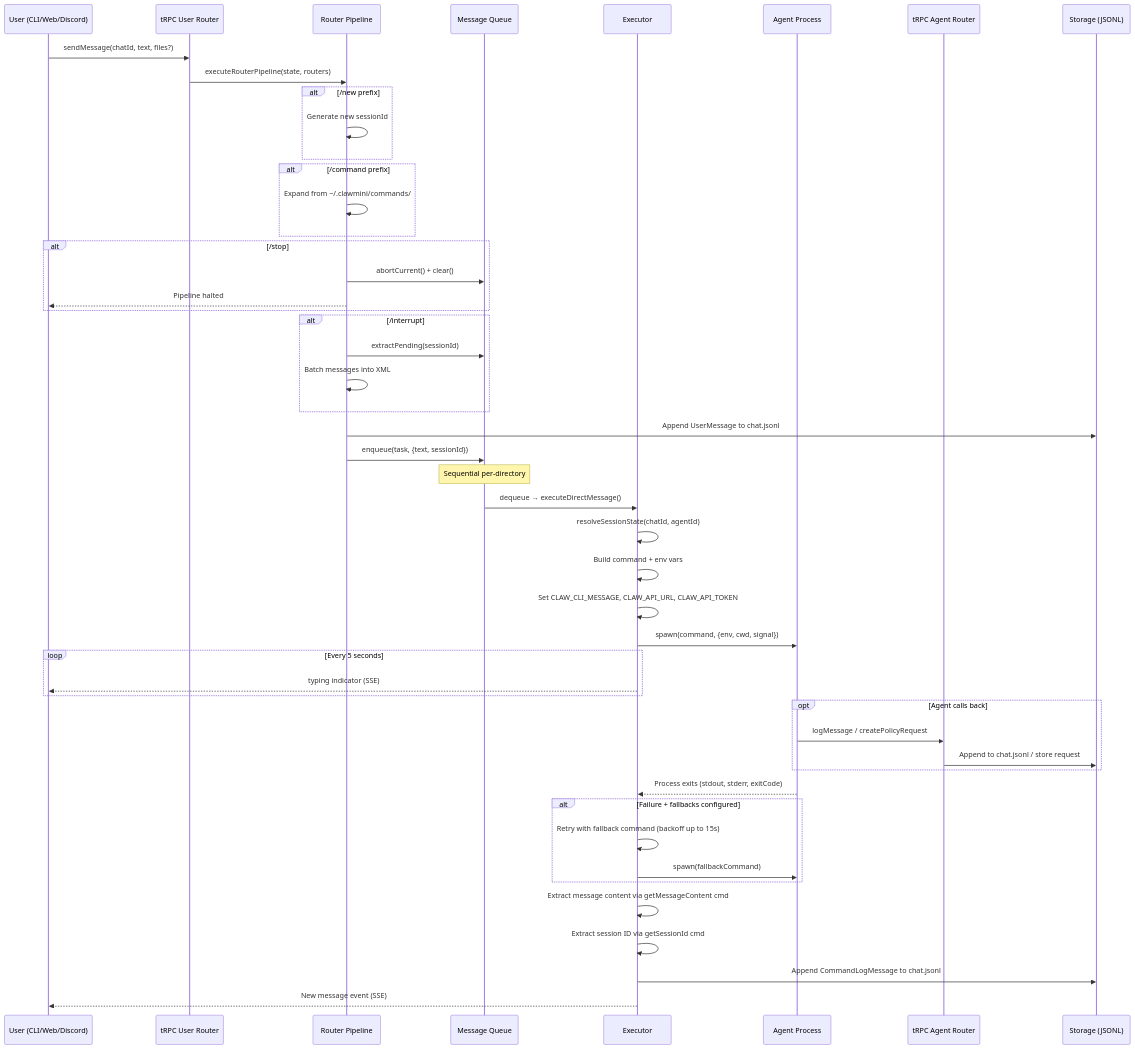
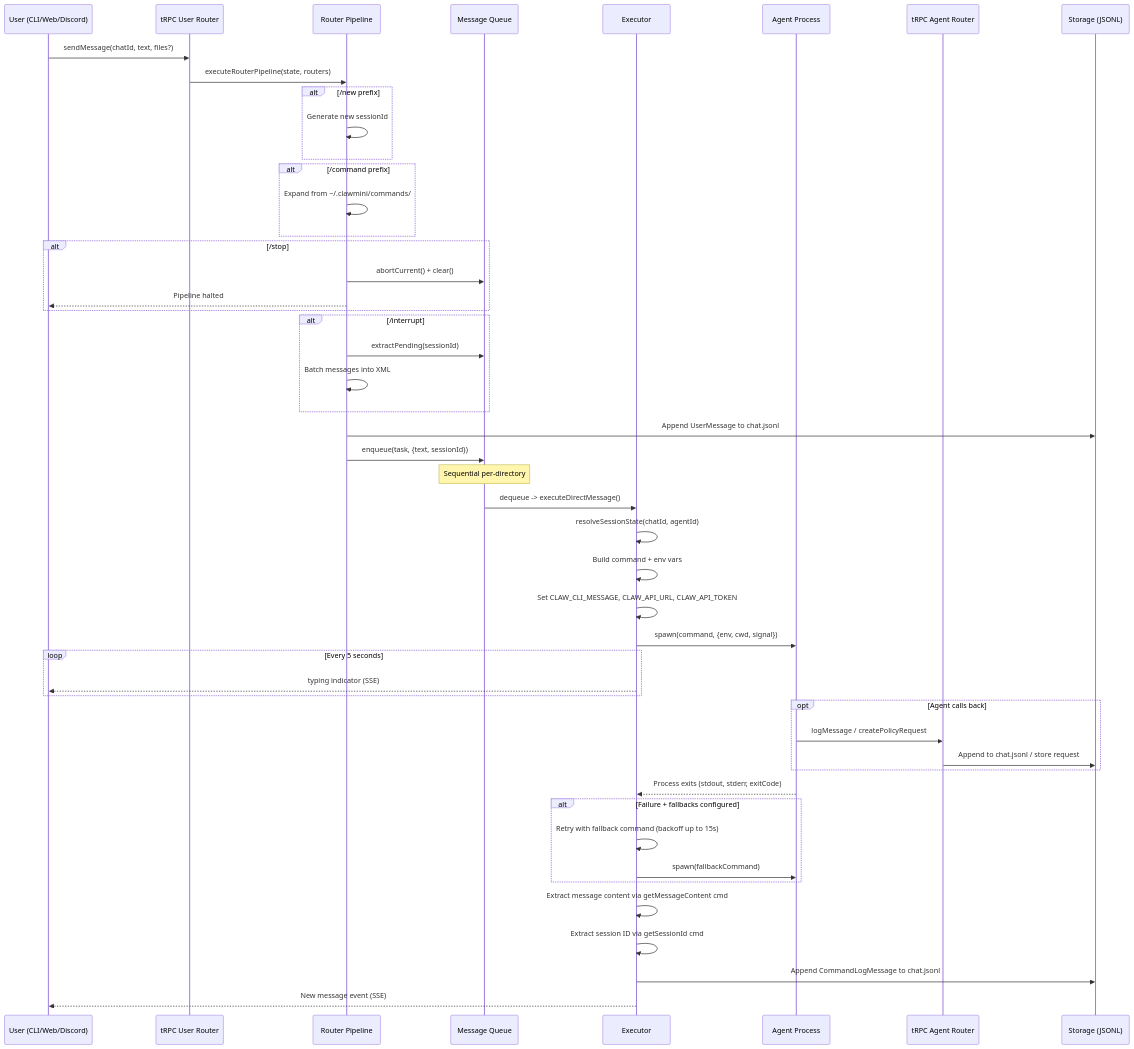
Before and after one commit to tbuckley/clawmini: the fourth of 5 diagrams in docs/architecture.md, drawn with Mermaid. The commit also changed other lines of this file, not shown here.

First line of the commit message:
Update architecture doc with detailed harness and threading analysis

````diff
--- a/docs/architecture.md
+++ b/docs/architecture.md
@@ -160,62 +215,62 @@
 ```mermaid
 sequenceDiagram
     participant U as User (CLI/Web/Discord)
     participant API as tRPC User Router
     participant RP as Router Pipeline
     participant Q as Message Queue
     participant E as Executor
     participant A as Agent Process
     participant AR as tRPC Agent Router
     participant S as Storage (JSONL)
 
     U->>API: sendMessage(chatId, text, files?)
     API->>RP: executeRouterPipeline(state, routers)
 
     alt /new prefix
         RP->>RP: Generate new sessionId
     end
     alt /command prefix
         RP->>RP: Expand from ~/.clawmini/commands/
     end
     alt /stop
         RP->>Q: abortCurrent() + clear()
         RP-->>U: Pipeline halted
     end
     alt /interrupt
         RP->>Q: extractPending(sessionId)
         RP->>RP: Batch messages into XML
     end
 
     RP->>S: Append UserMessage to chat.jsonl
     RP->>Q: enqueue(task, {text, sessionId})
 
     Note over Q: Sequential per-directory
 
-    Q->>E: dequeue → executeDirectMessage()
+    Q->>E: dequeue -> executeDirectMessage()
     E->>E: resolveSessionState(chatId, agentId)
     E->>E: Build command + env vars
     E->>E: Set CLAW_CLI_MESSAGE, CLAW_API_URL, CLAW_API_TOKEN
 
     E->>A: spawn(command, {env, cwd, signal})
 
     loop Every 5 seconds
         E-->>U: typing indicator (SSE)
     end
 
     opt Agent calls back
         A->>AR: logMessage / createPolicyRequest
         AR->>S: Append to chat.jsonl / store request
     end
 
     A-->>E: Process exits (stdout, stderr, exitCode)
 
     alt Failure + fallbacks configured
         E->>E: Retry with fallback command (backoff up to 15s)
         E->>A: spawn(fallbackCommand)
     end
 
     E->>E: Extract message content via getMessageContent cmd
     E->>E: Extract session ID via getSessionId cmd
     E->>S: Append CommandLogMessage to chat.jsonl
     E-->>U: New message event (SSE)
 ```
````
